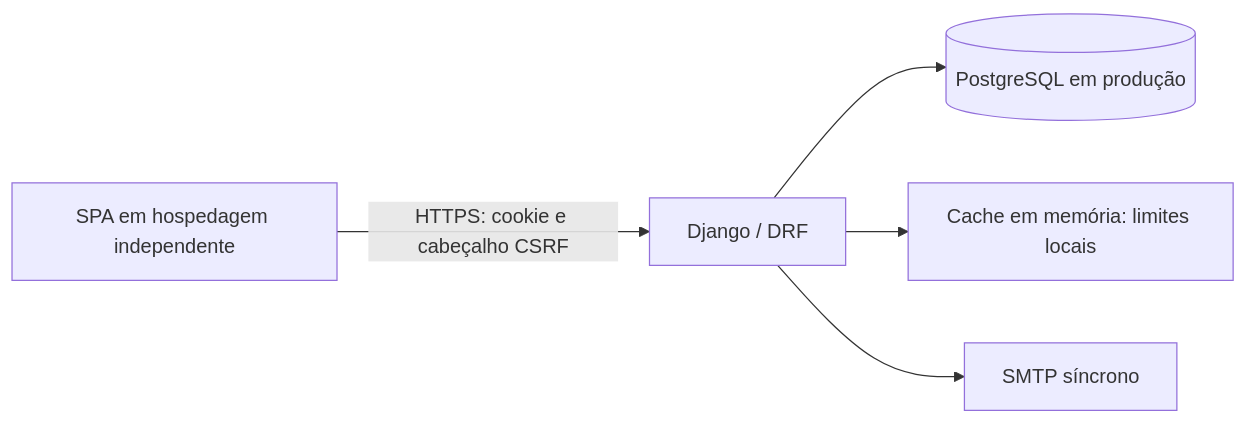
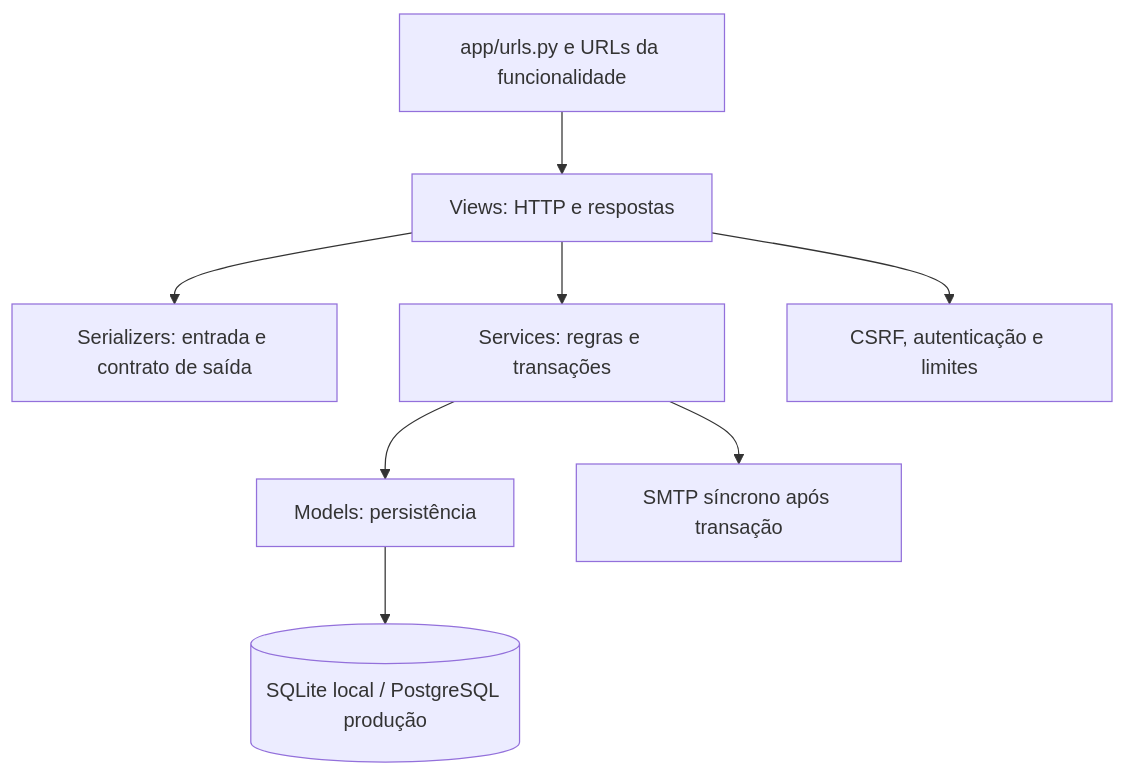
Before and after one commit to IanMV/template-django-rest: the second of 2 diagrams in README.md, drawn with Mermaid. The commit also changed other lines of this file and 1 other file, not shown here.

Commit message:
docs: unify onboarding and architecture into a single learning path

````diff
--- a/README.md
+++ b/README.md
@@ -44,7 +202,10 @@
 ```mermaid
-flowchart LR
-    SPA[SPA em hospedagem independente] -->|HTTPS: cookie e cabeçalho CSRF| API[Django / DRF]
-    API --> DB[(PostgreSQL em produção)]
-    API --> CACHE[Cache em memória: limites locais]
-    API --> SMTP[SMTP síncrono]
+flowchart TD
+    ROUTES[app/urls.py e URLs da funcionalidade] --> VIEW[Views: HTTP e respostas]
+    VIEW --> SERIALIZER[Serializers: entrada e contrato de saída]
+    VIEW --> SERVICE[Services: regras e transações]
+    SERVICE --> MODEL[Models: persistência]
+    MODEL --> DB[(SQLite local / PostgreSQL produção)]
+    SERVICE --> MAIL[SMTP síncrono após transação]
+    VIEW --> SECURITY[CSRF, autenticação e limites]
 ```
````
